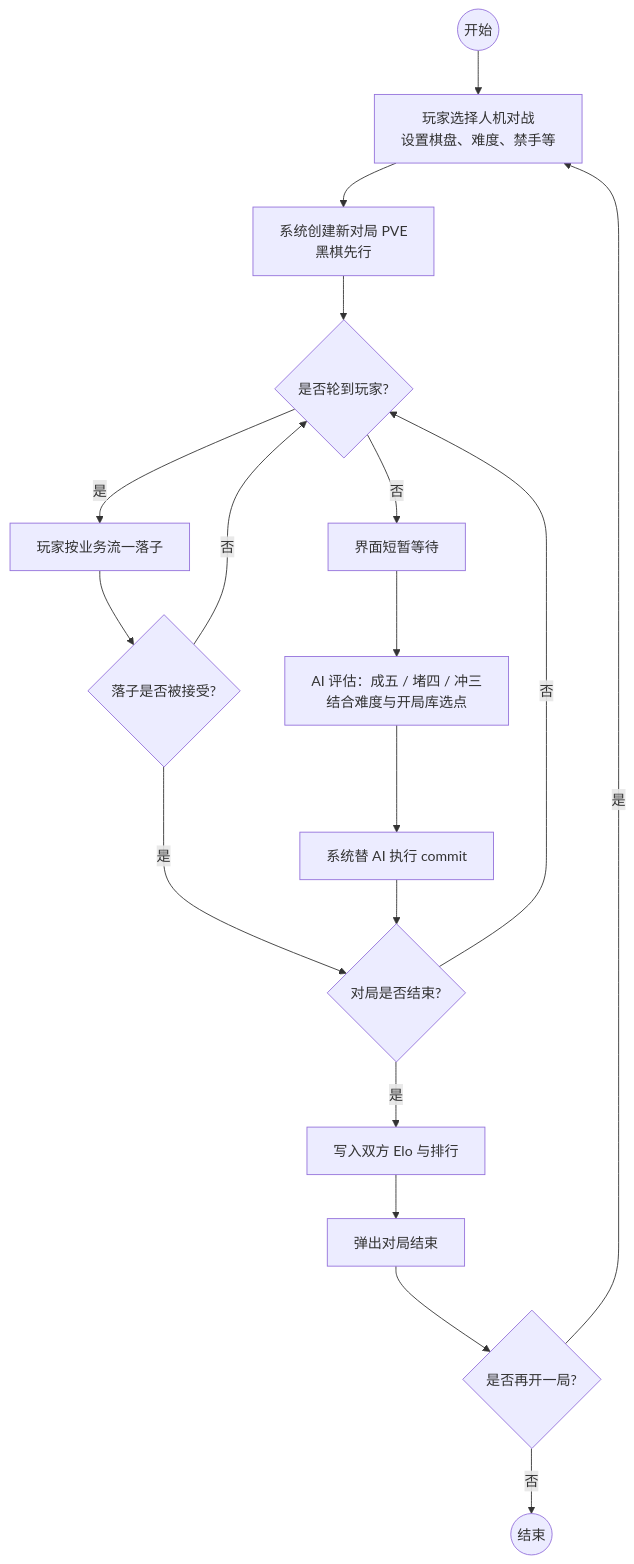
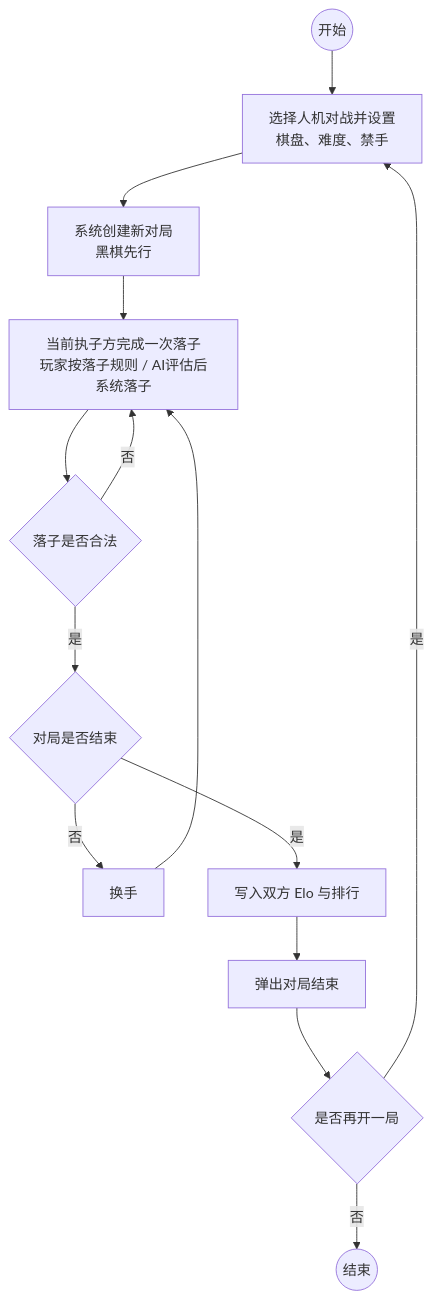
Before and after one commit to HYL926HHH/-: the second of 3 diagrams in docs/核心业务流-活动图.md, drawn with Mermaid. The commit also changed other lines of this file and 5 other files, not shown here.

First line of the commit message:
Rewrite the PVE activity diagram as a single business flow.

````diff
--- a/docs/核心业务流-活动图.md
+++ b/docs/核心业务流-活动图.md
@@ -63,20 +63,16 @@
 ```mermaid
 flowchart TD
-    start2((开始)) --> set[玩家选择人机对战<br/>设置棋盘、难度、禁手等]
-    set --> newg[系统创建新对局 PVE<br/>黑棋先行]
-    newg --> whose{是否轮到玩家?}
-    whose -->|是| human[玩家按业务流一落子]
-    human --> acc{落子是否被接受?}
-    acc -->|否| whose
-    acc -->|是| over2{对局是否结束?}
-    whose -->|否| waitAi[界面短暂等待]
-    waitAi --> think[AI 评估：成五 / 堵四 / 冲三<br/>结合难度与开局库选点]
-    think --> aicommit[系统替 AI 执行 commit]
-    aicommit --> over2
-    over2 -->|否| whose
-    over2 -->|是| rate[写入双方 Elo 与排行]
-    rate --> dlg[弹出对局结束]
-    dlg --> again{是否再开一局?}
+    start2((开始)) --> set[选择人机对战并设置<br/>棋盘、难度、禁手]
+    set --> newg[系统创建新对局<br/>黑棋先行]
+    newg --> place[当前执子方完成一次落子<br/>玩家按落子规则 / AI评估后系统落子]
+    place --> ok{落子是否合法}
+    ok -->|否| place
+    ok -->|是| ended{对局是否结束}
+    ended -->|否| swap[换手]
+    swap --> place
+    ended -->|是| elo[写入双方 Elo 与排行]
+    elo --> dlg[弹出对局结束]
+    dlg --> again{是否再开一局}
     again -->|是| set
-    again -->|否| end2((结束))
+    again -->|否| stop((结束))
 ```
````
